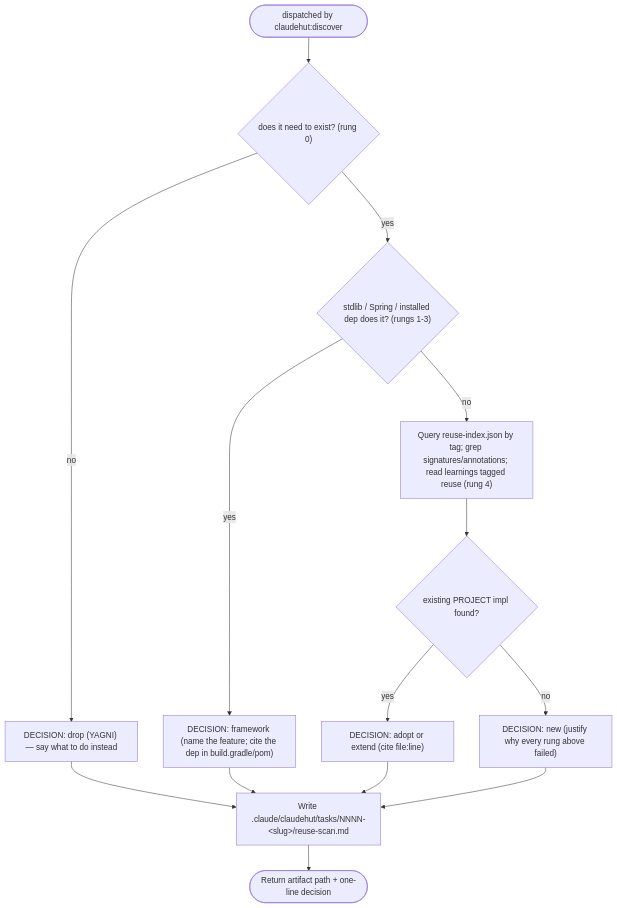
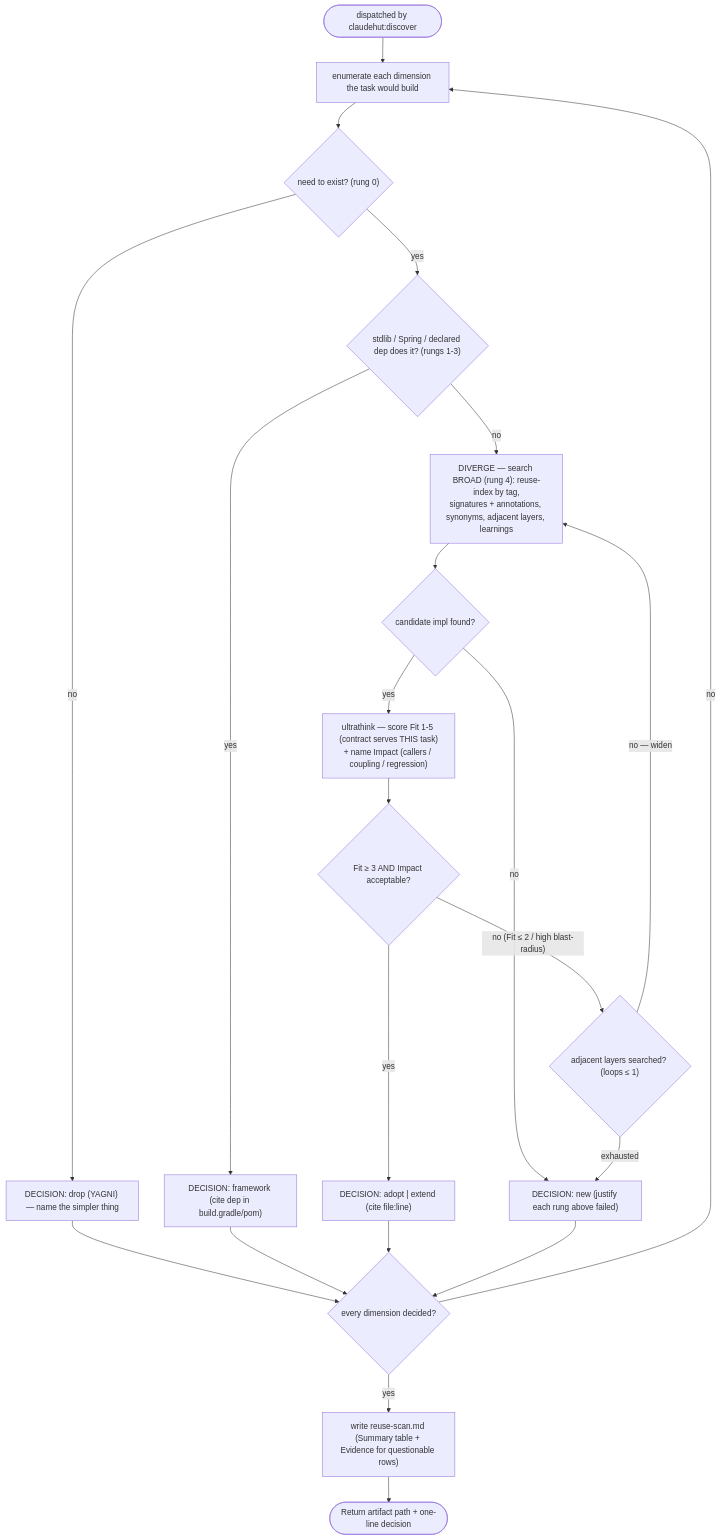
The diagram in agents/claudehut-reuse-scanner.md (taipt1504/claudehut), drawn with Mermaid before and after one commit. The commit also changed other lines of this file and 22 other files, not shown here.

First line of the commit message:
feat(v0.8): skill+agent prompts — gates wired, ultra-flow diagrams, concision

````diff
--- a/agents/claudehut-reuse-scanner.md
+++ b/agents/claudehut-reuse-scanner.md
@@ -44,13 +43,21 @@
 ```mermaid
 flowchart TB
-    a([dispatched by claudehut:discover]) --> need{"does it need to exist? (rung 0)"}
-    need -- no --> dec0["DECISION: drop (YAGNI) — say what to do instead"]
-    need -- yes --> fw{"stdlib / Spring / installed dep does it? (rungs 1-3)"}
-    fw -- yes --> decF["DECISION: framework (name the feature; cite the dep in build.gradle/pom)"]
-    fw -- no --> q["Query reuse-index.json by tag; grep signatures/annotations; read learnings tagged reuse (rung 4)"]
-    q --> found{"existing PROJECT impl found?"}
-    found -- yes --> dec1["DECISION: adopt or extend (cite file:line)"]
-    found -- no --> dec2["DECISION: new (justify why every rung above failed)"]
-    dec0 & decF & dec1 & dec2 --> write["Write .claude/claudehut/tasks/NNNN-&lt;slug&gt;/reuse-scan.md"]
+    a([dispatched by claudehut:discover]) --> dims["enumerate each dimension the task would build"]
+    dims --> need{"need to exist? (rung 0)"}
+    need -- "no" --> dec0["DECISION: drop (YAGNI) — name the simpler thing"]
+    need -- "yes" --> fw{"stdlib / Spring / declared dep does it? (rungs 1-3)"}
+    fw -- "yes" --> decF["DECISION: framework (cite dep in build.gradle/pom)"]
+    fw -- "no" --> div["DIVERGE — search BROAD (rung 4): reuse-index by tag,<br/>signatures + annotations, synonyms, adjacent layers, learnings"]
+    div --> found{"candidate impl found?"}
+    found -- "no" --> dec2["DECISION: new (justify each rung above failed)"]
+    found -- "yes" --> score["ultrathink — score Fit 1-5 (contract serves THIS task)<br/>+ name Impact (callers / coupling / regression)"]
+    score --> crit{"Fit ≥ 3 AND Impact acceptable?"}
+    crit -- "no (Fit ≤ 2 / high blast-radius)" --> redo{"adjacent layers searched? (loops ≤ 1)"}
+    redo -- "no — widen" --> div
+    redo -- "exhausted" --> dec2
+    crit -- "yes" --> dec1["DECISION: adopt | extend (cite file:line)"]
+    dec0 & decF & dec1 & dec2 --> all{"every dimension decided?"}
+    all -- "no" --> dims
+    all -- "yes" --> write["write reuse-scan.md (Summary table + Evidence for questionable rows)"]
     write --> out([Return artifact path + one-line decision])
 ```
````
